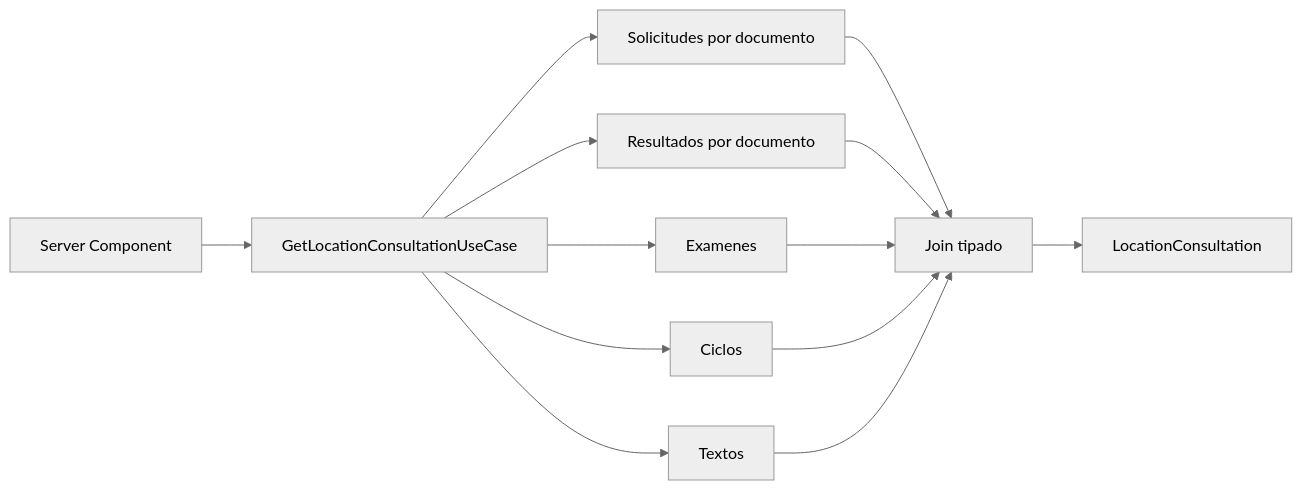
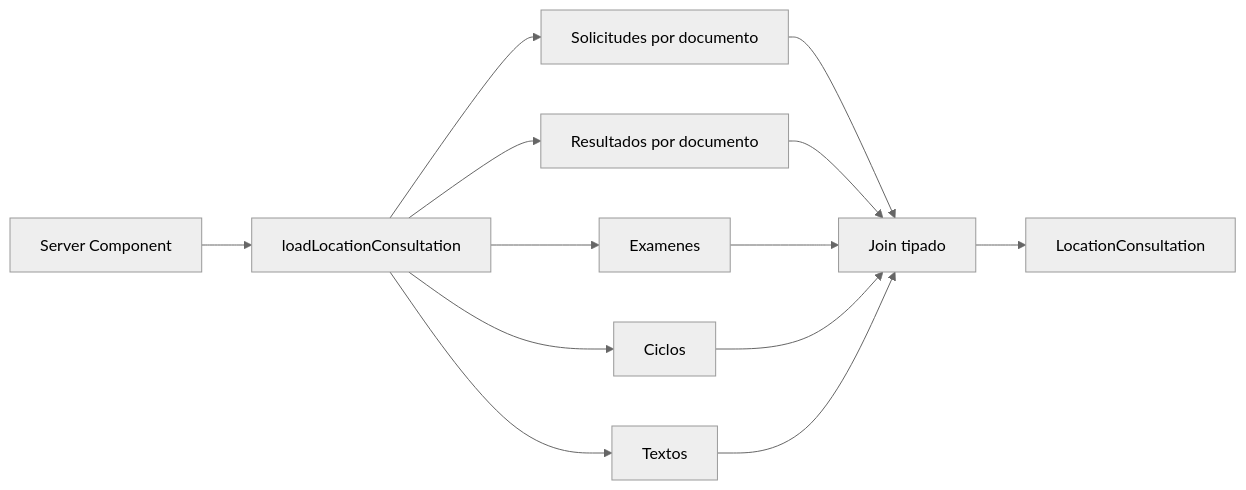
Before and after one commit to luismiguelgs/ciunac-sol-1.3: the diagram in docs/architecture/adr/012-server-side-location-consultation-join.md, drawn with Mermaid (neutral theme). The commit also changed other lines of this file and 431 other files, not shown here.

````diff
--- a/docs/architecture/adr/012-server-side-location-consultation-join.md
+++ b/docs/architecture/adr/012-server-side-location-consultation-join.md
@@ -24,15 +25,15 @@
 ```mermaid
 flowchart LR
-    Page["Server Component"] --> UseCase["GetLocationConsultationUseCase"]
+    Page["Server Component"] --> UseCase["loadLocationConsultation"]
     UseCase --> Requests["Solicitudes por documento"]
     UseCase --> Placements["Resultados por documento"]
     UseCase --> Exams["Examenes"]
     UseCase --> Cycles["Ciclos"]
     UseCase --> Texts["Textos"]
     Requests --> Join["Join tipado"]
     Placements --> Join
     Exams --> Join
     Cycles --> Join
     Texts --> Join
     Join --> View["LocationConsultation"]
 ```
````
